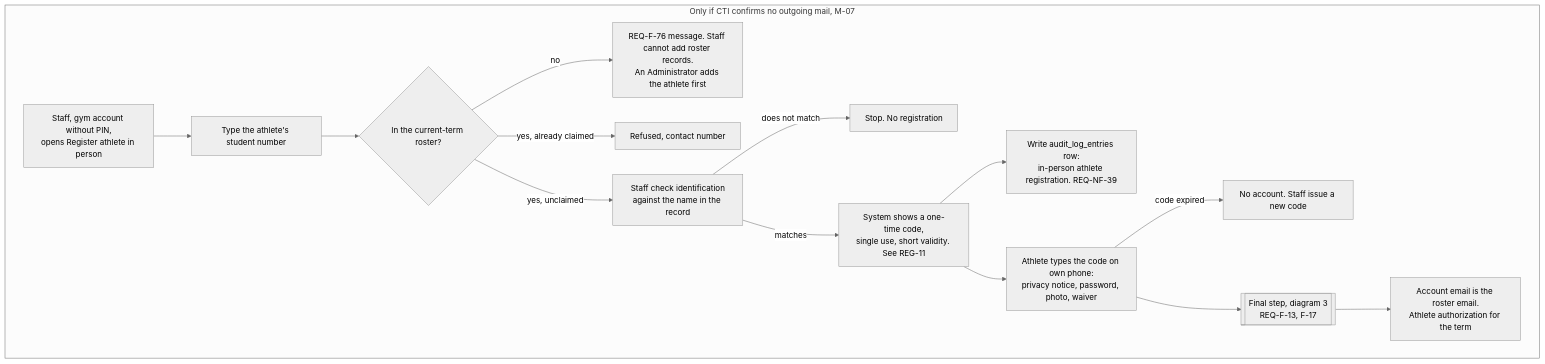
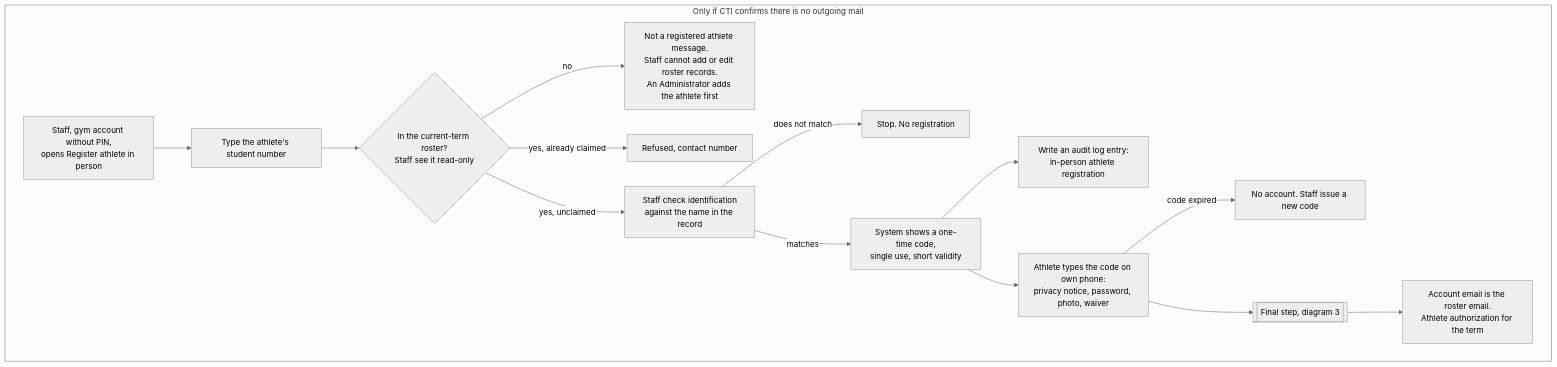
Before and after one commit to Th3-Minorities/natatorio-gym-app: the fifth of 9 diagrams in docs/design/registration-flows.md, drawn with Mermaid (neutral theme). The commit also changed other lines of this file, not shown here.

Commit message:
Use an email link for "I am an athlete" and delete photos on undo

````diff
--- a/docs/design/registration-flows.md
+++ b/docs/design/registration-flows.md
@@ -154,17 +164,17 @@
 ```mermaid
 flowchart TD
-  subgraph FALLBACK["Only if CTI confirms no outgoing mail, M-07"]
+  subgraph FALLBACK["Only if CTI confirms there is no outgoing mail"]
     START["Staff, gym account without PIN,<br/>opens Register athlete in person"] --> SN["Type the athlete's student number"]
-    SN --> R{"In the current-term roster?"}
-    R -->|"no"| X1["REQ-F-76 message. Staff cannot add roster records.<br/>An Administrator adds the athlete first"]
+    SN --> R{"In the current-term roster?<br/>Staff see it read-only"}
+    R -->|"no"| X1["Not a registered athlete message.<br/>Staff cannot add or edit roster records.<br/>An Administrator adds the athlete first"]
     R -->|"yes, already claimed"| X2["Refused, contact number"]
     R -->|"yes, unclaimed"| ID["Staff check identification<br/>against the name in the record"]
     ID -->|"does not match"| X3["Stop. No registration"]
-    ID -->|"matches"| CODE["System shows a one-time code,<br/>single use, short validity. See REG-11"]
-    CODE --> AUD["Write audit_log_entries row:<br/>in-person athlete registration. REQ-NF-39"]
+    ID -->|"matches"| CODE["System shows a one-time code,<br/>single use, short validity"]
+    CODE --> AUD["Write an audit log entry:<br/>in-person athlete registration"]
     CODE --> PHONE["Athlete types the code on own phone:<br/>privacy notice, password, photo, waiver"]
     PHONE -->|"code expired"| X4["No account. Staff issue a new code"]
-    PHONE --> FIN[["Final step, diagram 3<br/>REQ-F-13, F-17"]]
+    PHONE --> FIN[["Final step, diagram 3"]]
     FIN --> OK["Account email is the roster email.<br/>Athlete authorization for the term"]
   end
 ```
````
